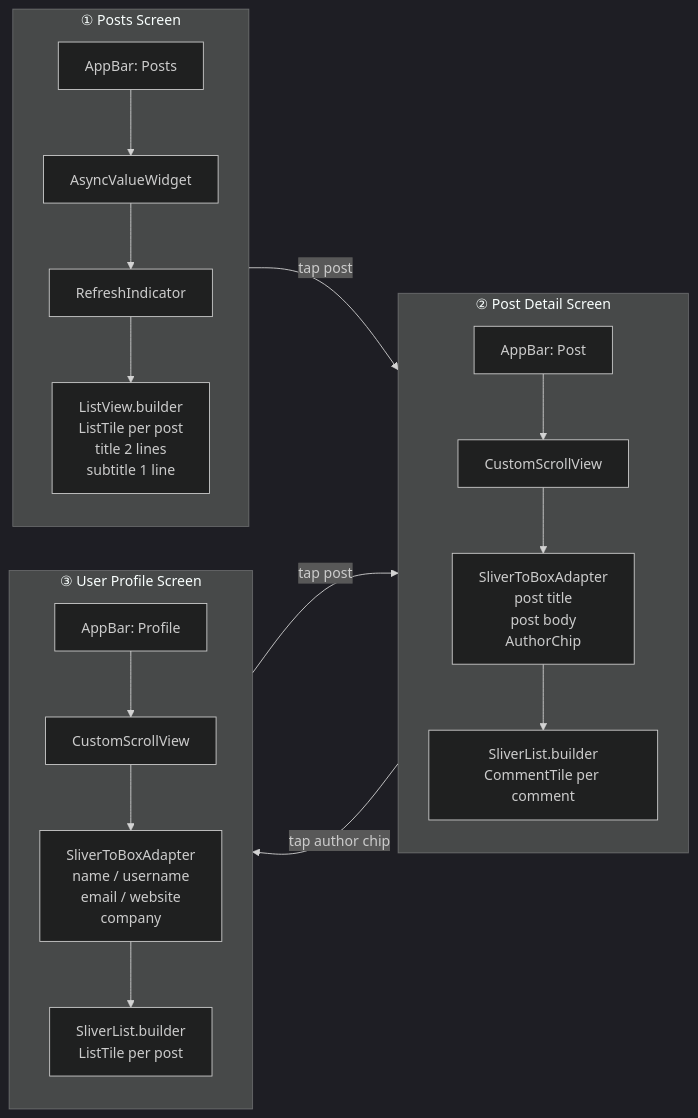
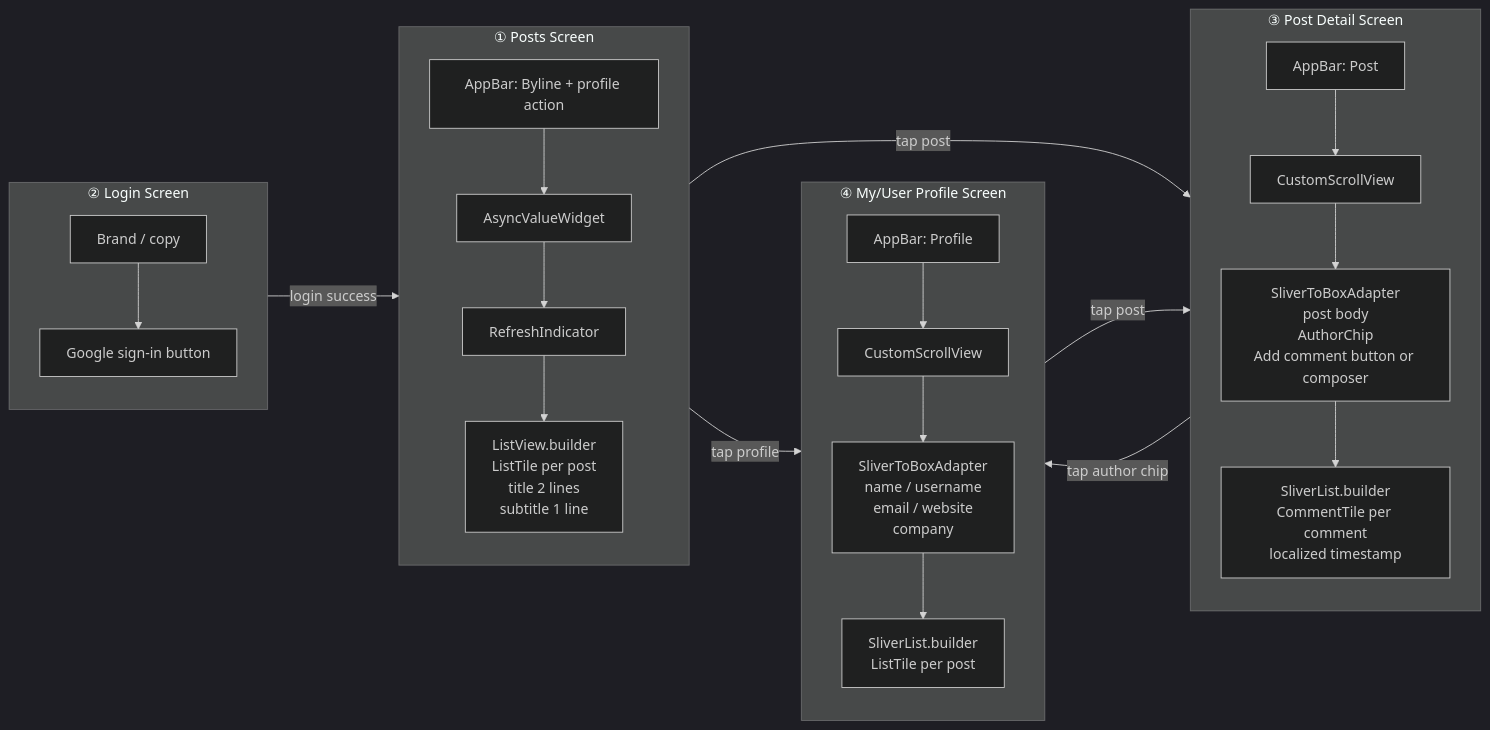
Before and after one commit to jz709u/flutter_posts: the third of 5 diagrams in SCREEN_FLOW.md, drawn with Mermaid (dark theme). The commit also changed other lines of this file and 1 other file, not shown here.

Commit message:
Update docs for auth and comment flows

````diff
--- a/SCREEN_FLOW.md
+++ b/SCREEN_FLOW.md
@@ -71,33 +75,42 @@
 ```mermaid
 flowchart LR
     subgraph S1["① Posts Screen"]
         direction TB
-        A1["AppBar: Posts"]
+        A1["AppBar: Byline + profile action"]
         A2["AsyncValueWidget"]
         A3["RefreshIndicator"]
         A4["ListView.builder<br/>ListTile per post<br/>title 2 lines<br/>subtitle 1 line"]
         A1 --> A2 --> A3 --> A4
     end
 
-    subgraph S2["② Post Detail Screen"]
+    subgraph S2["② Login Screen"]
+        direction TB
+        L1["Brand / copy"]
+        L2["Google sign-in button"]
+        L1 --> L2
+    end
+
+    subgraph S3["③ Post Detail Screen"]
         direction TB
         B1["AppBar: Post"]
         B2["CustomScrollView"]
-        B3["SliverToBoxAdapter<br/>post title<br/>post body<br/>AuthorChip"]
-        B4["SliverList.builder<br/>CommentTile per comment"]
+        B3["SliverToBoxAdapter<br/>post body<br/>AuthorChip<br/>Add comment button or composer"]
+        B4["SliverList.builder<br/>CommentTile per comment<br/>localized timestamp"]
         B1 --> B2 --> B3 --> B4
     end
 
-    subgraph S3["③ User Profile Screen"]
+    subgraph S4["④ My/User Profile Screen"]
         direction TB
         C1["AppBar: Profile"]
         C2["CustomScrollView"]
         C3["SliverToBoxAdapter<br/>name / username<br/>email / website<br/>company"]
         C4["SliverList.builder<br/>ListTile per post"]
         C1 --> C2 --> C3 --> C4
     end
 
-    S1 -->|tap post| S2
-    S2 -->|tap author chip| S3
-    S3 -->|tap post| S2
+    S2 -->|login success| S1
+    S1 -->|tap post| S3
+    S1 -->|tap profile| S4
+    S3 -->|tap author chip| S4
+    S4 -->|tap post| S3
 ```
````
